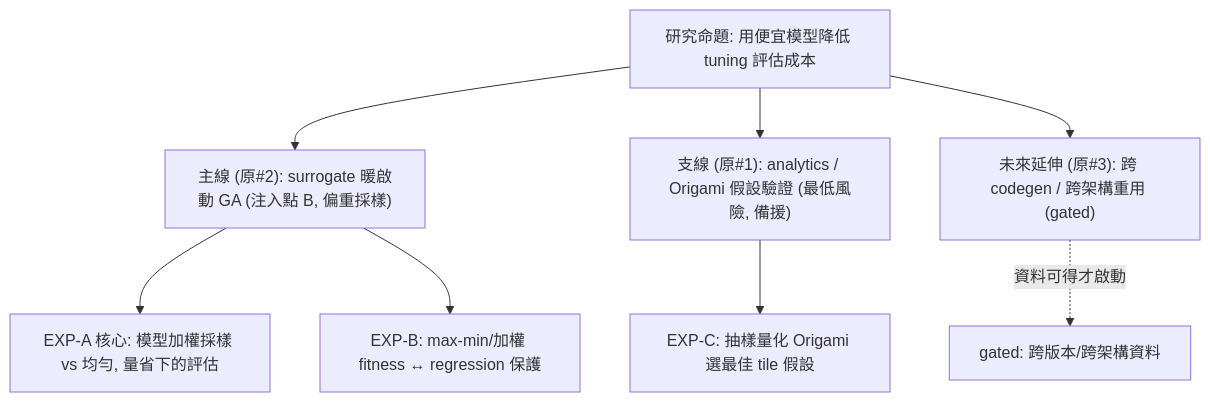
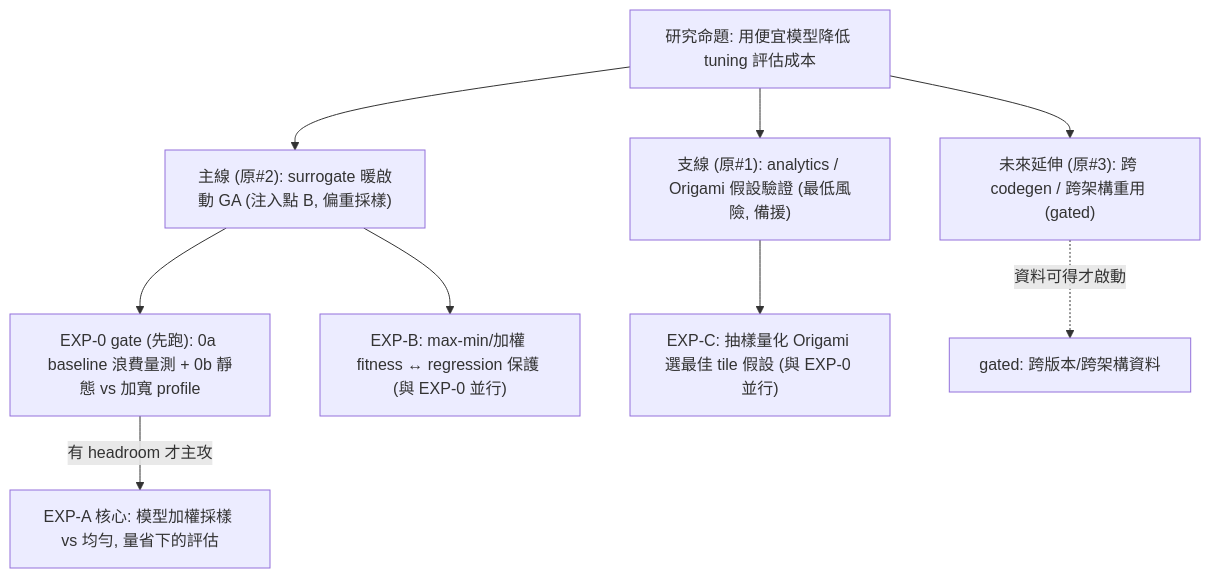
Before and after one commit to ppalee1217/rocm-libraries: the diagram in study_docs/research/surrogate-dse-plan.md, drawn with Mermaid. The commit also changed other lines of this file and 1 other file, not shown here.

Commit message:
docs(research): add Ductile Origami warm-start experiment plan

````diff
--- a/study_docs/research/surrogate-dse-plan.md
+++ b/study_docs/research/surrogate-dse-plan.md
@@ -13,11 +13,12 @@
 ```mermaid
 flowchart TD
   prop["研究命題: 用便宜模型降低 tuning 評估成本"]
   prop --> main["主線 (原#2): surrogate 暖啟動 GA (注入點 B, 偏重採樣)"]
   prop --> supp["支線 (原#1): analytics / Origami 假設驗證 (最低風險, 備援)"]
   prop --> fut["未來延伸 (原#3): 跨 codegen / 跨架構重用 (gated)"]
-  main --> expA["EXP-A 核心: 模型加權採樣 vs 均勻, 量省下的評估"]
-  main --> expB["EXP-B: max-min/加權 fitness ↔ regression 保護"]
-  supp --> expC["EXP-C: 抽樣量化 Origami 選最佳 tile 假設"]
+  main --> exp0["EXP-0 gate (先跑): 0a baseline 浪費量測 + 0b 靜態 vs 加寬 profile"]
+  exp0 -->|"有 headroom 才主攻"| expA["EXP-A 核心: 模型加權採樣 vs 均勻, 量省下的評估"]
+  main --> expB["EXP-B: max-min/加權 fitness ↔ regression 保護 (與 EXP-0 並行)"]
+  supp --> expC["EXP-C: 抽樣量化 Origami 選最佳 tile 假設 (與 EXP-0 並行)"]
   fut -.->|"資料可得才啟動"| later["gated: 跨版本/跨架構資料"]
 ```
````
